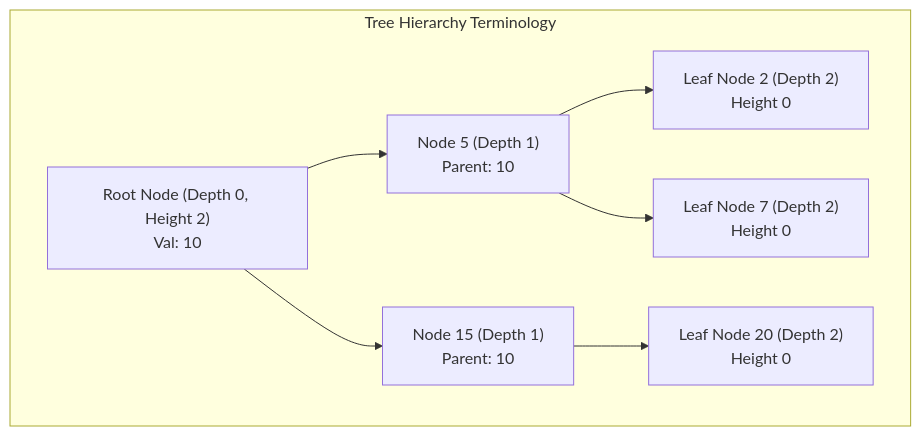
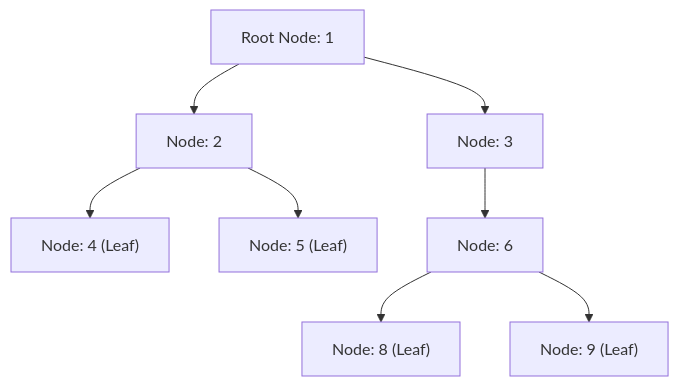
The diagram in js-dsa/12-trees-basics.md (Amie-dev/engineering-playbook), drawn with Mermaid before and after one commit. The commit also changed other lines of this file and 24 other files, not shown here.

````diff
--- a/js-dsa/12-trees-basics.md
+++ b/js-dsa/12-trees-basics.md
@@ -13,12 +7,12 @@
 ```mermaid
-graph TD
-    subgraph Tree Hierarchy Terminology
-        Root["Root Node (Depth 0, Height 2)<br/>Val: 10"] --> L1["Node 5 (Depth 1)<br/>Parent: 10"]
-        Root --> R1["Node 15 (Depth 1)<br/>Parent: 10"]
-
-        L1 --> L2_1["Leaf Node 2 (Depth 2)<br/>Height 0"]
-        L1 --> L2_2["Leaf Node 7 (Depth 2)<br/>Height 0"]
-
-        R1 --> R2_2["Leaf Node 20 (Depth 2)<br/>Height 0"]
-    end
+flowchart TD
+    Root["Root Node: 1"] --> L2["Node: 2"]
+    Root --> R3["Node: 3"]
+    
+    L2 --> L4["Node: 4 (Leaf)"]
+    L2 --> R5["Node: 5 (Leaf)"]
+    
+    R3 --> R6["Node: 6"]
+    R6 --> L8["Node: 8 (Leaf)"]
+    R6 --> R9["Node: 9 (Leaf)"]
 ```
````
